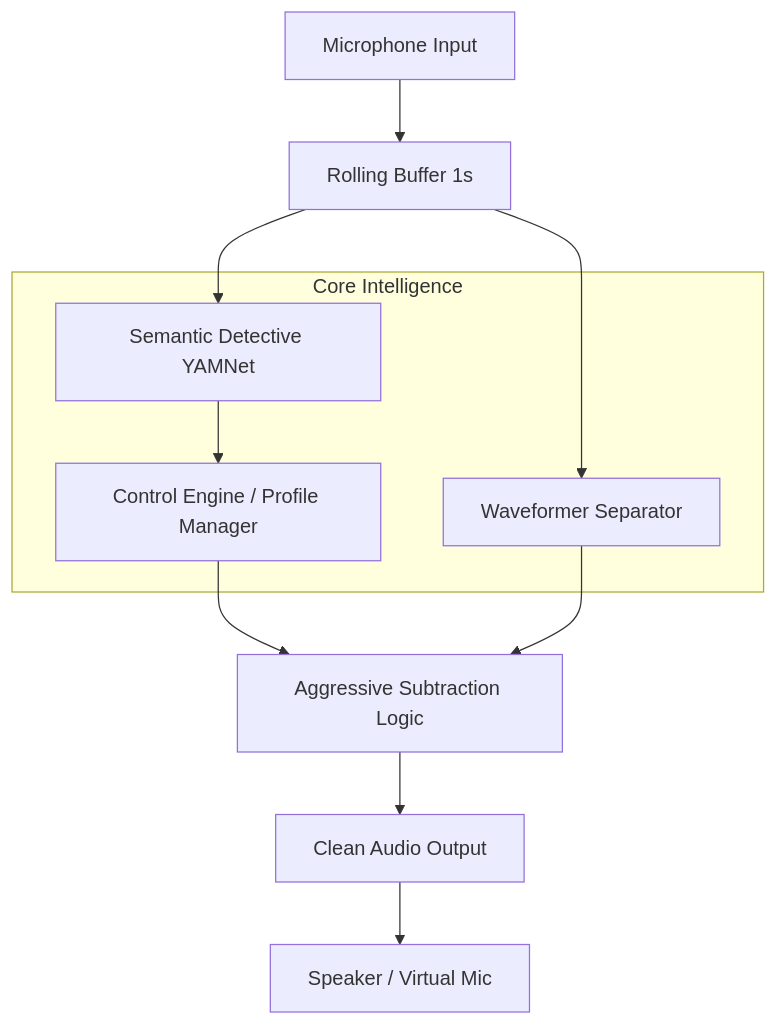
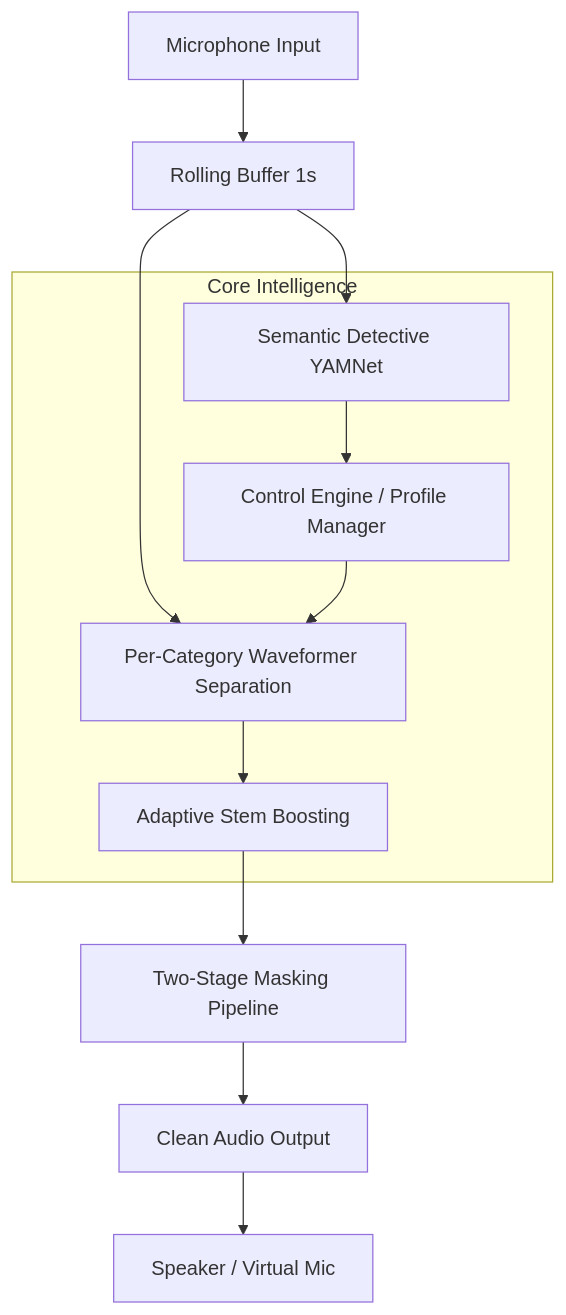
Before and after one commit to mehmetcanozen/TSEBP2025: the diagram in docs/project/architecture/overview.md, drawn with Mermaid. The commit also changed other lines of this file and 31 other files, not shown here.

````diff
--- a/docs/project/architecture/overview.md
+++ b/docs/project/architecture/overview.md
@@ -7,17 +7,19 @@
 ```mermaid
 graph TD
     Mic[Microphone Input] --> Buff[Rolling Buffer 1s]
     Buff --> Det[Semantic Detective YAMNet]
-    Buff --> Sep[Waveformer Separator]
+    Buff --> Sep[Per-Category Waveformer Separation]
     Det --> Ctrl[Control Engine / Profile Manager]
-    Ctrl --> Agg[Aggressive Subtraction Logic]
-    Sep --> Agg
+    Ctrl --> Sep
+    Sep --> Boost[Adaptive Stem Boosting]
+    Boost --> Agg[Two-Stage Masking Pipeline]
     Agg --> Clean[Clean Audio Output]
     Clean --> Speaker[Speaker / Virtual Mic]
 
     subgraph "Core Intelligence"
         Det
         Sep
+        Boost
         Ctrl
     end
 ```
````
